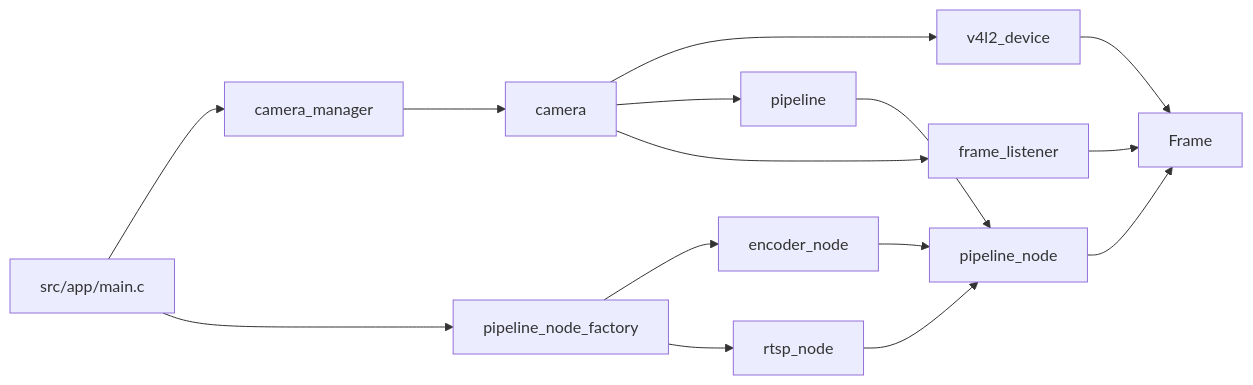
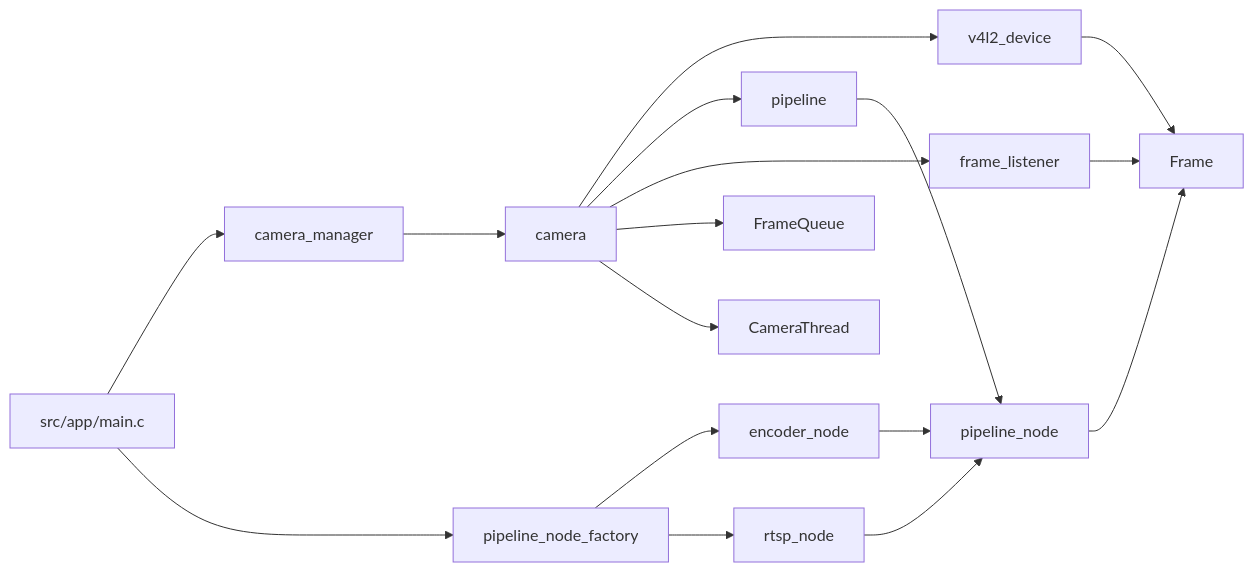
The seventh of 7 diagrams in CAMERA_FLOWCHARTS.md (originalcore/rk3588_camera), drawn with Mermaid before and after one commit. The commit also changed other lines of this file and 11 other files, not shown here.

Commit message:
Add asynchronous frame queue processing

````diff
--- a/CAMERA_FLOWCHARTS.md
+++ b/CAMERA_FLOWCHARTS.md
@@ -172,20 +177,22 @@
 ```mermaid
 flowchart LR
     APP[src/app/main.c] --> CM[camera_manager]
     APP --> CF[pipeline_node_factory]
 
     CM --> CAM[camera]
     CAM --> V4L2[v4l2_device]
     CAM --> PL[pipeline]
     CAM --> FL[frame_listener]
+    CAM --> FQ[FrameQueue]
+    CAM --> TH[CameraThread]
 
     PL --> PN[pipeline_node]
     CF --> ENC[encoder_node]
     CF --> RTSP[rtsp_node]
     ENC --> PN
     RTSP --> PN
 
     V4L2 --> FR[Frame]
     PN --> FR
     FL --> FR
 ```
````
